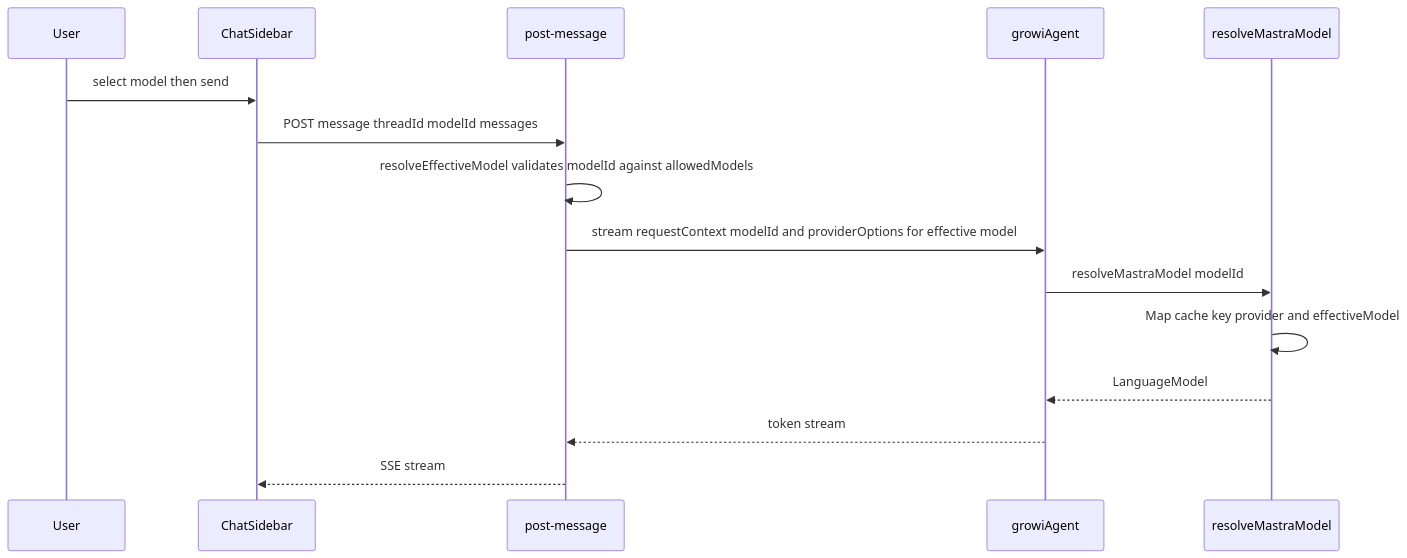
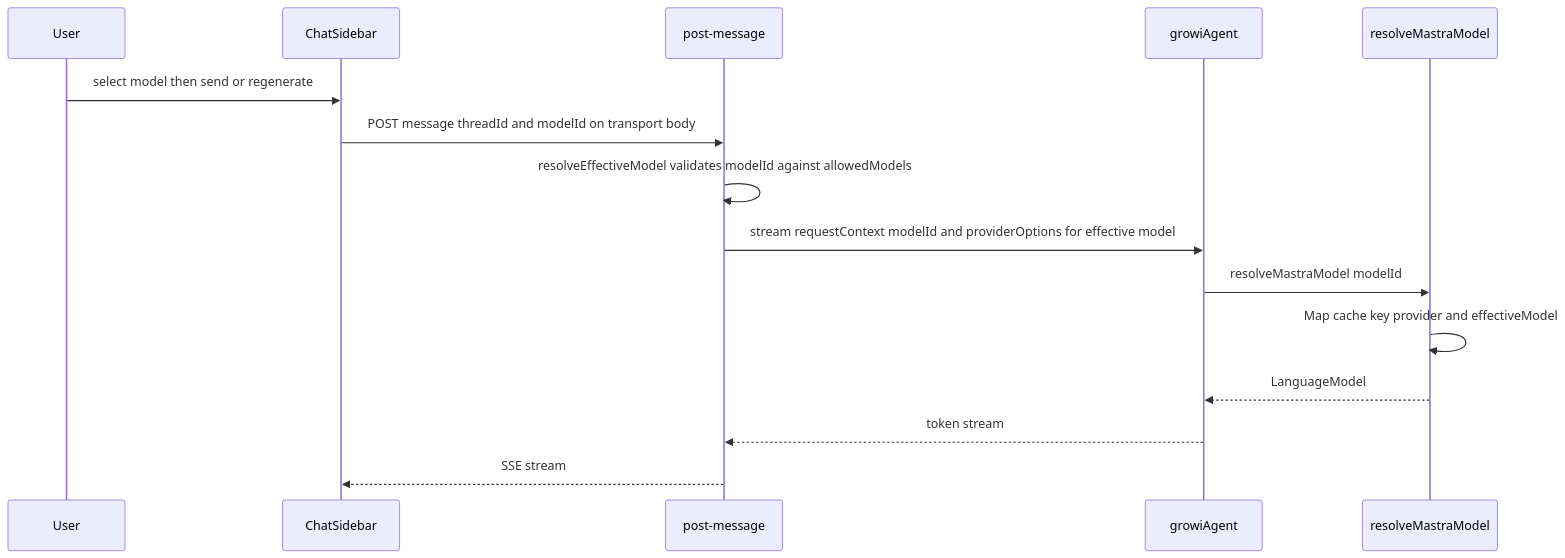
Before and after one commit to growilabs/growi: the second of 4 diagrams in .kiro/specs/mastra-multi-model-chat/design.md, drawn with Mermaid. The commit also changed other lines of this file and 2 other files, not shown here.

First line of the commit message:
Update research documentation and spec for mastra-multi-model-chat

````diff
--- a/.kiro/specs/mastra-multi-model-chat/design.md
+++ b/.kiro/specs/mastra-multi-model-chat/design.md
@@ -143,17 +145,17 @@
 ```mermaid
 sequenceDiagram
   participant U as User
   participant C as ChatSidebar
   participant P as post-message
   participant A as growiAgent
   participant R as resolveMastraModel
-  U->>C: select model then send
-  C->>P: POST message threadId modelId messages
+  U->>C: select model then send or regenerate
+  C->>P: POST message threadId and modelId on transport body
   P->>P: resolveEffectiveModel validates modelId against allowedModels
   P->>A: stream requestContext modelId and providerOptions for effective model
   A->>R: resolveMastraModel modelId
   R->>R: Map cache key provider and effectiveModel
   R-->>A: LanguageModel
   A-->>P: token stream
   P-->>C: SSE stream
 ```
````
